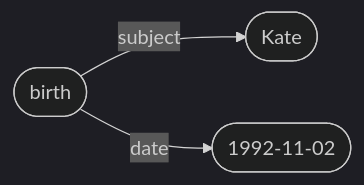
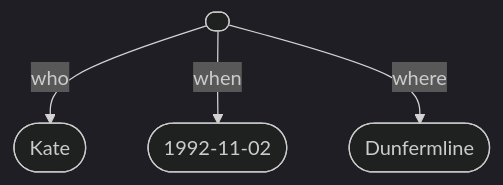
One commit to conmaol/maglocunus changed the first of 8 diagrams in d/data.md. Above: the diagram before and after it, drawn with Mermaid (dark theme). The commit also changed other lines of this file, not shown here.

First line of the commit message:
Enhance data.md with detailed explanations and diagrams

````diff
--- a/d/data.md
+++ b/d/data.md
@@ -13,8 +11,10 @@
 ```mermaid
-flowchart LR
-    e1([birth])
-    p1([Kate])
-    d1([1992-11-02])
-    e1 -- subject --> p1
-    e1 -- date --> d1
+flowchart TD
+    a([ ])
+    b([Kate])
+    c([1992-11-02])
+    d([Dunfermline])
+    a -- who --> b
+    a -- when --> c
+    a -- where --> d
 ```
````
